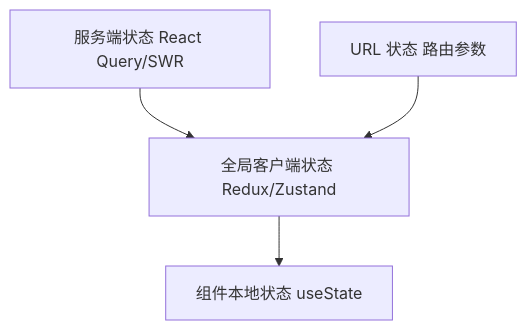
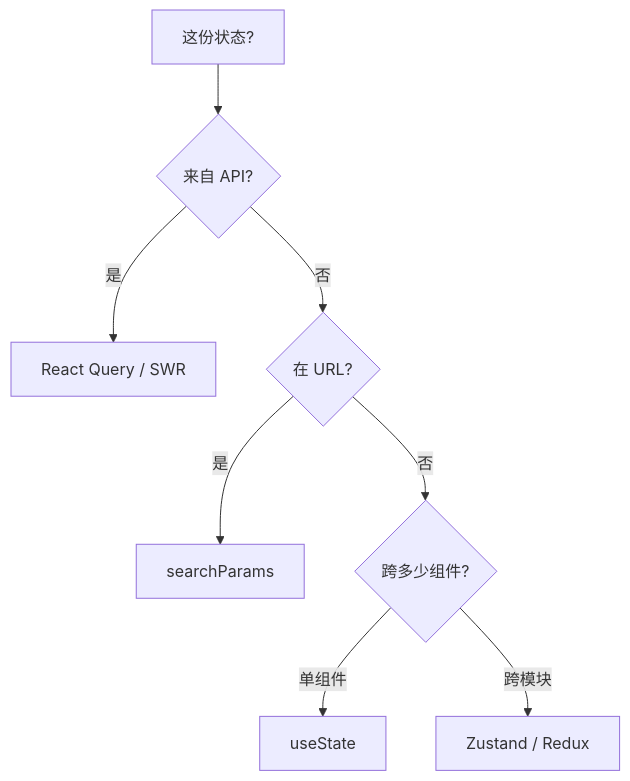
Before and after one commit to c-builder/study: the diagram in 02-框架与底层原理/04-状态管理设计.md, drawn with Mermaid. The commit also changed other lines of this file and 28 other files, not shown here.

````diff
--- a/02-框架与底层原理/04-状态管理设计.md
+++ b/02-框架与底层原理/04-状态管理设计.md
@@ -24,11 +19,10 @@
 ```mermaid
 flowchart TD
-    ServerState[服务端状态 React Query/SWR]
-    URLState[URL 状态 路由参数]
-    GlobalState[全局客户端状态 Redux/Zustand]
-    LocalState[组件本地状态 useState]
-    
-    ServerState --> GlobalState
-    URLState --> GlobalState
-    GlobalState --> LocalState
+    Q[这份状态?] --> Server{来自 API?}
+    Server -->|是| RQ[React Query / SWR]
+    Server -->|否| URL{在 URL?}
+    URL -->|是| Router[searchParams]
+    URL -->|否| Scope{跨多少组件?}
+    Scope -->|单组件| Local[useState]
+    Scope -->|跨模块| Global[Zustand / Redux]
 ```
````
